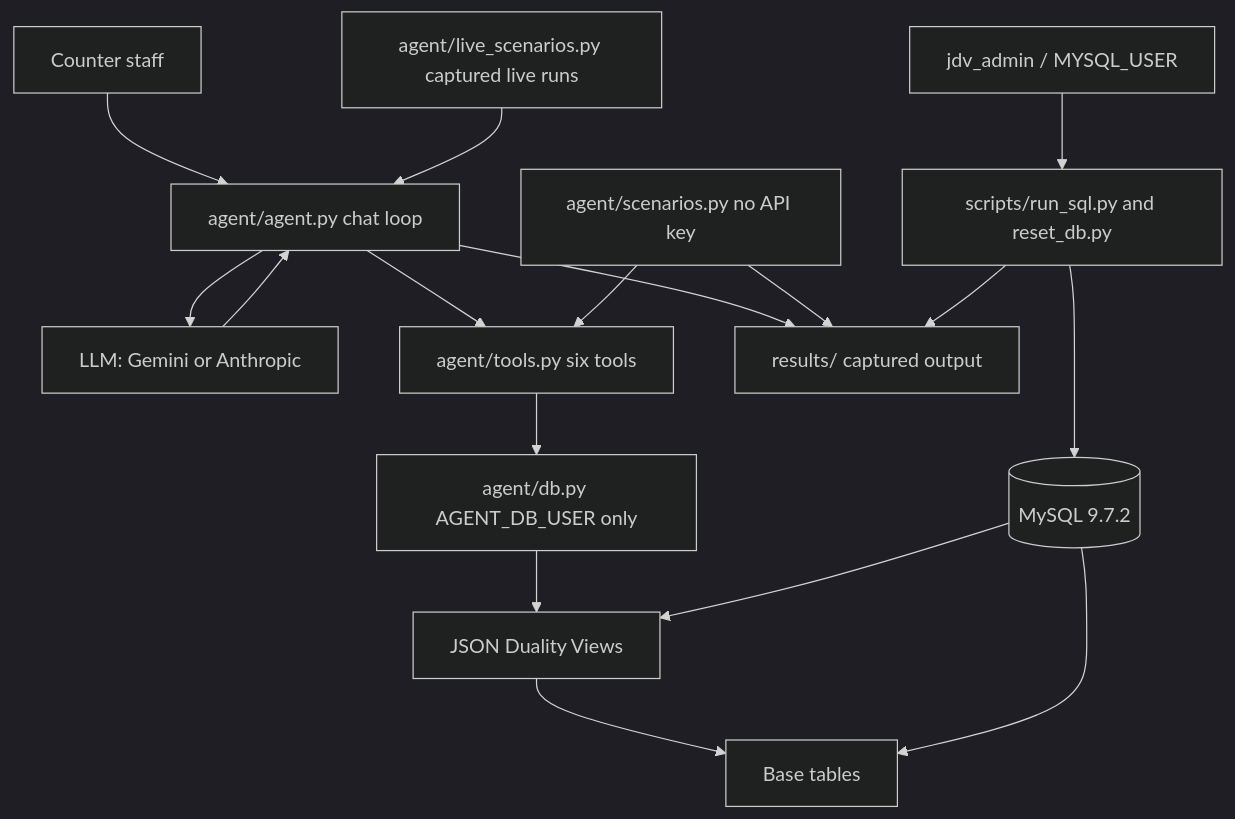
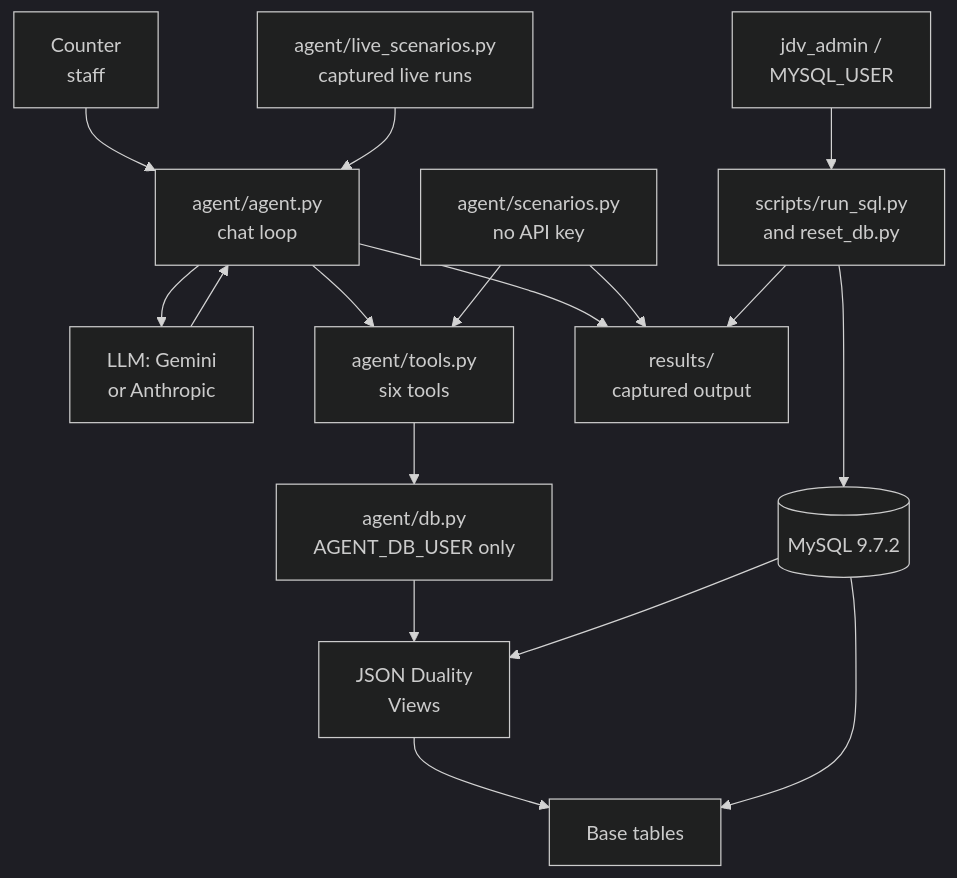
Before and after one commit to kumarsanjeeva/mysql-jdv-ai-billing: the first of 7 diagrams in docs/architecture.md, drawn with Mermaid (dark theme). The commit also changed other lines of this file, not shown here.

Commit message:
Docs: wrap architecture diagram labels, add sql/49 to repo map, hedge RLS and split wording

````diff
--- a/docs/architecture.md
+++ b/docs/architecture.md
@@ -30,33 +30,33 @@
 ```mermaid
 flowchart TB
-  staff["Counter staff"]
-  llm["LLM: Gemini or Anthropic"]
-  loop["agent/agent.py chat loop"]
-  tools["agent/tools.py six tools"]
-  dbpy["agent/db.py AGENT_DB_USER only"]
-  scripted["agent/scenarios.py no API key"]
-  live["agent/live_scenarios.py captured live runs"]
-  admin["jdv_admin / MYSQL_USER"]
-  runner["scripts/run_sql.py and reset_db.py"]
+  staff["Counter<br/>staff"]
+  llm["LLM: Gemini<br/>or Anthropic"]
+  loop["agent/agent.py<br/>chat loop"]
+  tools["agent/tools.py<br/>six tools"]
+  dbpy["agent/db.py<br/>AGENT_DB_USER only"]
+  scripted["agent/scenarios.py<br/>no API key"]
+  live["agent/live_scenarios.py<br/>captured live runs"]
+  admin["jdv_admin /<br/>MYSQL_USER"]
+  runner["scripts/run_sql.py<br/>and reset_db.py"]
   mysql[("MySQL 9.7.2")]
-  views["JSON Duality Views"]
+  views["JSON Duality<br/>Views"]
   tables["Base tables"]
-  results["results/ captured output"]
+  results["results/<br/>captured output"]
 
   staff --> loop
   loop --> llm
   llm --> loop
   loop --> tools
   scripted --> tools
   live --> loop
   tools --> dbpy
   dbpy --> views
   admin --> runner
   runner --> mysql
   views --> tables
   mysql --> views
   mysql --> tables
   loop --> results
   scripted --> results
   runner --> results
 ```
````
